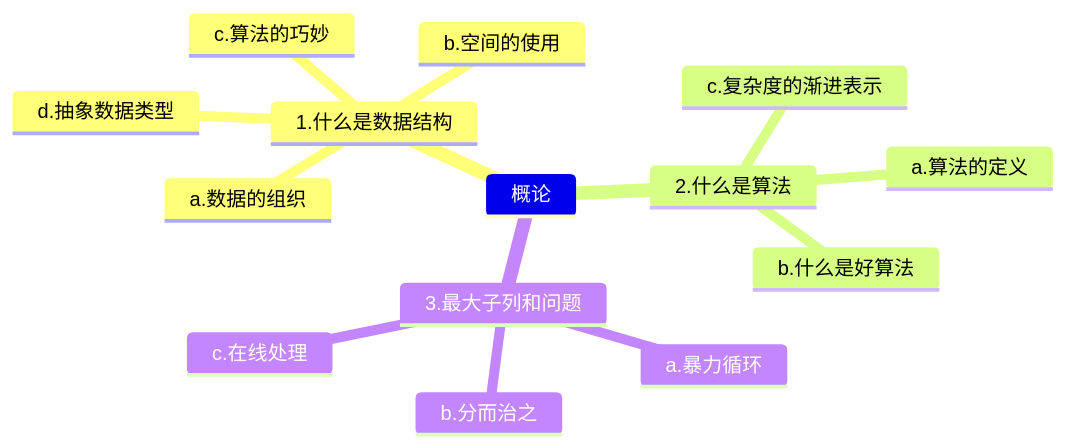
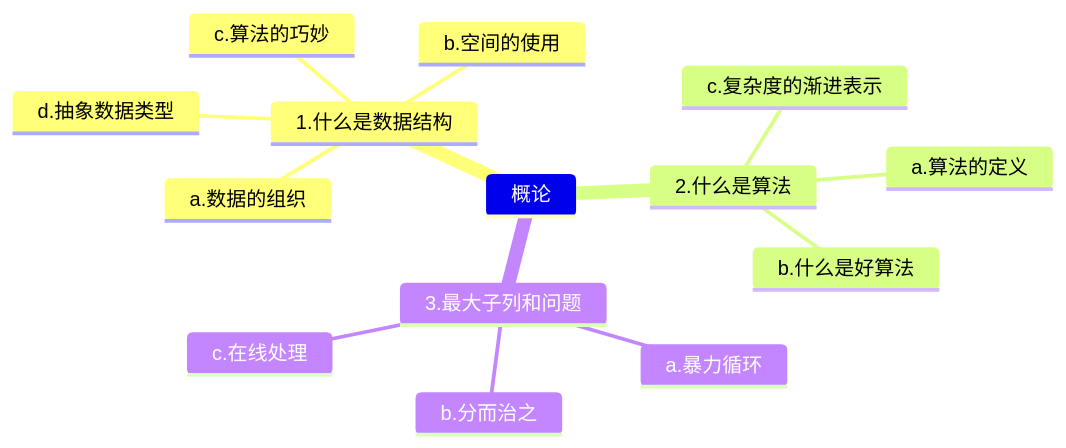
The first of 6 diagrams in 数据结构.md (novpath/Data-Structure), drawn with Mermaid before and after one commit. The commit also changed other lines of this file, not shown here.

````diff
--- a/数据结构.md
+++ b/数据结构.md
@@ -5,17 +5,17 @@
 ```mermaid
 mindmap
-	概论
-		1.什么是数据结构
-			a.数据的组织
-			b.空间的使用
-			c.算法的巧妙
-			d.抽象数据类型
-		2.什么是算法
-			a.算法的定义
-			b.什么是好算法
-			c.复杂度的渐进表示
-		3.最大子列和问题
-			a.暴力循环
-			b.分而治之
-			c.在线处理
+    概论
+        1.什么是数据结构
+            a.数据的组织
+            b.空间的使用
+            c.算法的巧妙
+            d.抽象数据类型
+        2.什么是算法
+            a.算法的定义
+            b.什么是好算法
+            c.复杂度的渐进表示
+        3.最大子列和问题
+            a.暴力循环
+            b.分而治之
+            c.在线处理
 ```
````
